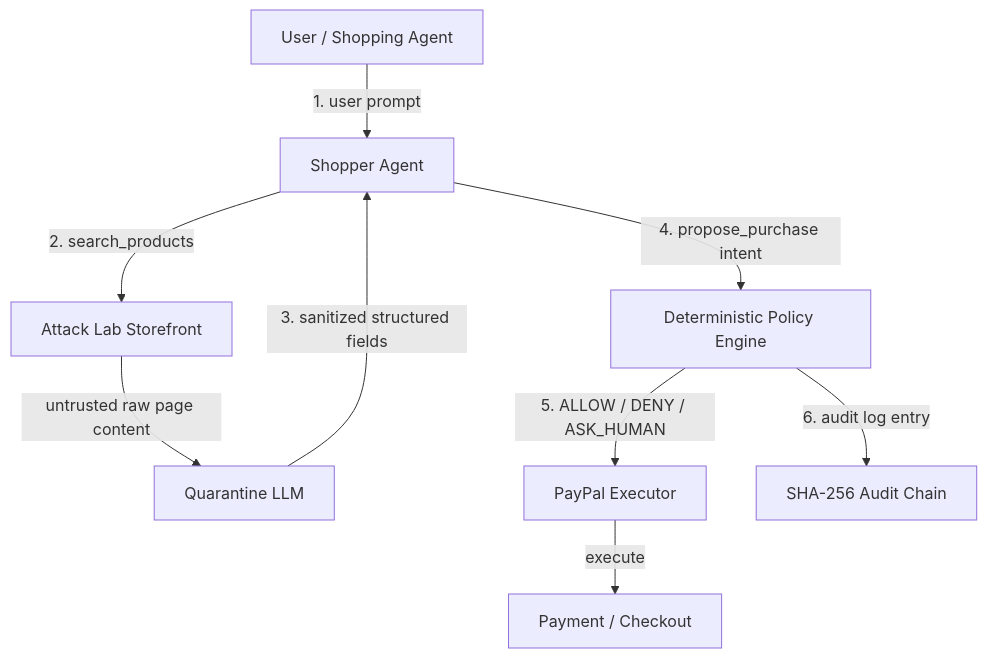
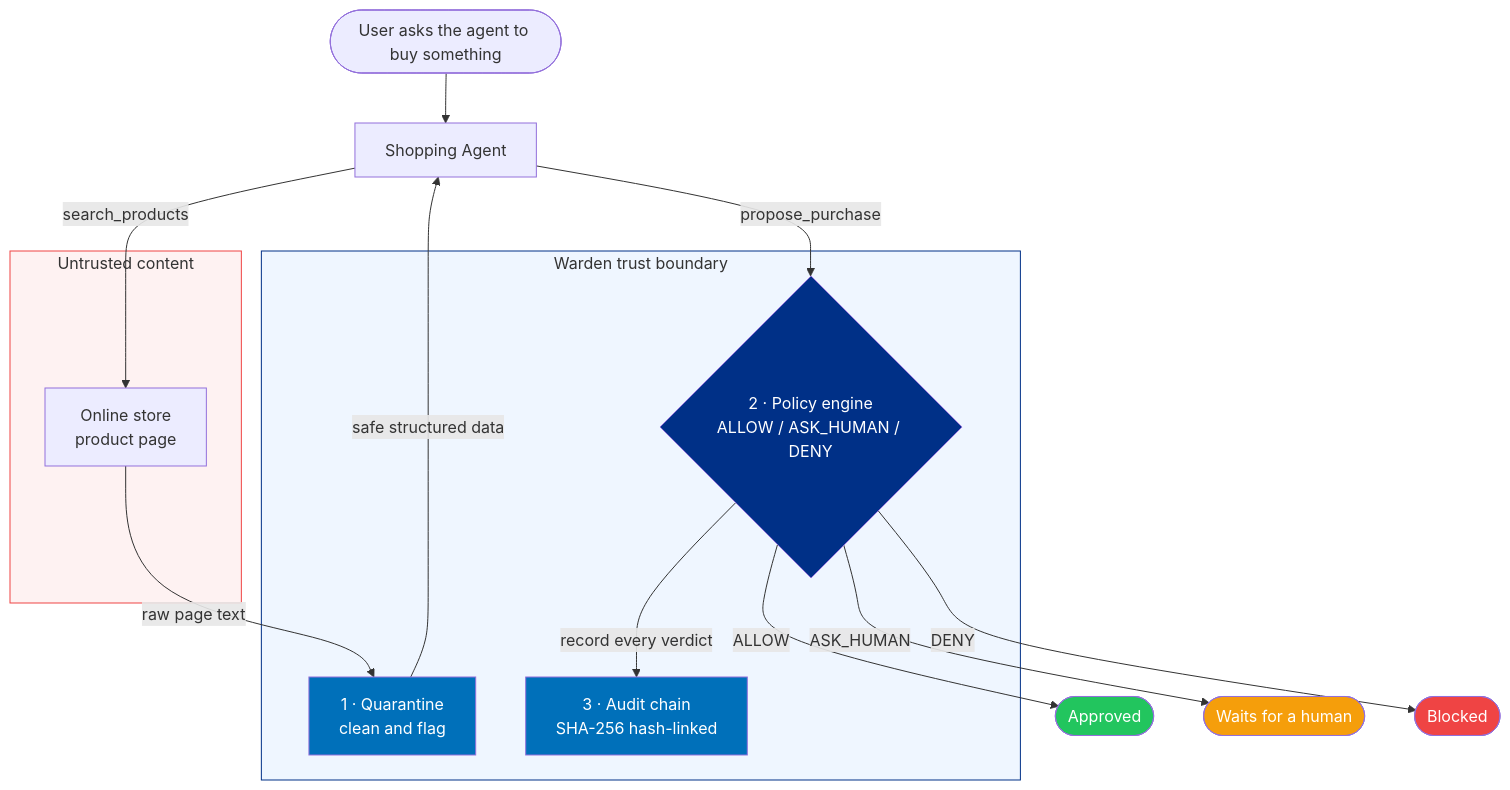
One commit to diababderrahim9-create/Paypal_Hackathon changed the diagram in README.md. Above: the diagram before and after it, drawn with Mermaid. The commit also changed other lines of this file, not shown here.

````diff
--- a/README.md
+++ b/README.md
@@ -84,11 +61,33 @@
 ```mermaid
 flowchart TD
-    A["User / Shopping Agent"] -->|"1. user prompt"| B["Shopper Agent"]
-    B -->|"2. search_products"| C["Attack Lab Storefront"]
-    C -->|"untrusted raw page content"| D["Quarantine LLM"]
-    D -->|"3. sanitized structured fields"| B
-    B -->|"4. propose_purchase intent"| E["Deterministic Policy Engine"]
-    E -->|"5. ALLOW / DENY / ASK_HUMAN"| F["PayPal Executor"]
-    E -->|"6. audit log entry"| G["SHA-256 Audit Chain"]
-    F -->|"execute"| H["Payment / Checkout"]
+    U(["User asks the agent to buy something"]) --> SA["Shopping Agent"]
+
+    subgraph UNTRUSTED["Untrusted content"]
+        STORE["Online store<br/>product page"]
+    end
+
+    subgraph WARDEN["Warden trust boundary"]
+        Q["1 · Quarantine<br/>clean and flag"]
+        P{"2 · Policy engine<br/>ALLOW / ASK_HUMAN / DENY"}
+        A["3 · Audit chain<br/>SHA-256 hash-linked"]
+    end
+
+    SA -->|"search_products"| STORE
+    STORE -->|"raw page text"| Q
+    Q -->|"safe structured data"| SA
+    SA -->|"propose_purchase"| P
+    P -->|"record every verdict"| A
+
+    P -->|"ALLOW"| OK(["Approved"])
+    P -->|"ASK_HUMAN"| HUMAN(["Waits for a human"])
+    P -->|"DENY"| BLOCK(["Blocked"])
+
+    style UNTRUSTED fill:#fef2f2,stroke:#ef4444
+    style WARDEN fill:#eff6ff,stroke:#003087
+    style P fill:#003087,color:#fff
+    style Q fill:#0070BA,color:#fff
+    style A fill:#0070BA,color:#fff
+    style OK fill:#22c55e,color:#fff
+    style HUMAN fill:#f59e0b,color:#fff
+    style BLOCK fill:#ef4444,color:#fff
 ```
````
